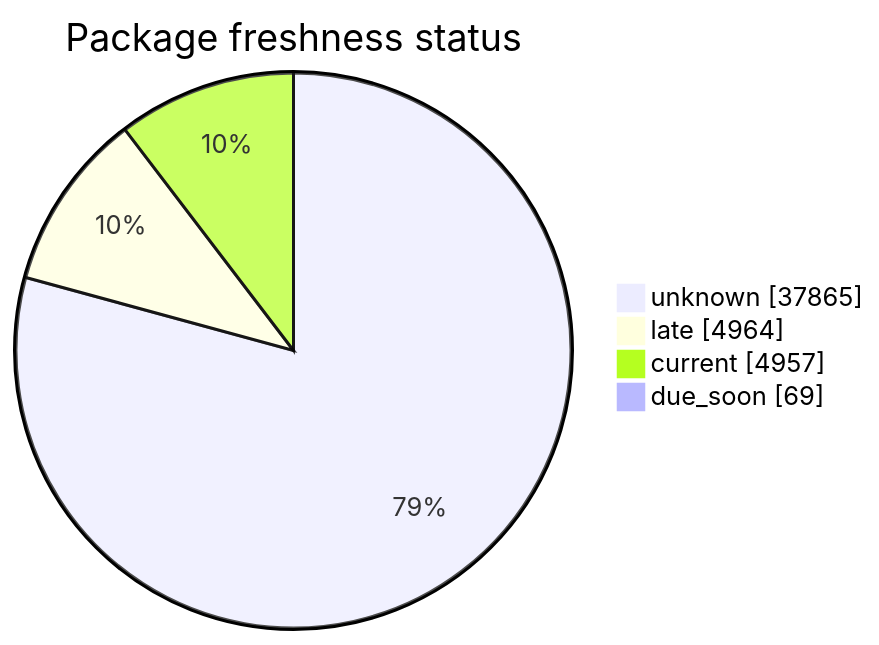
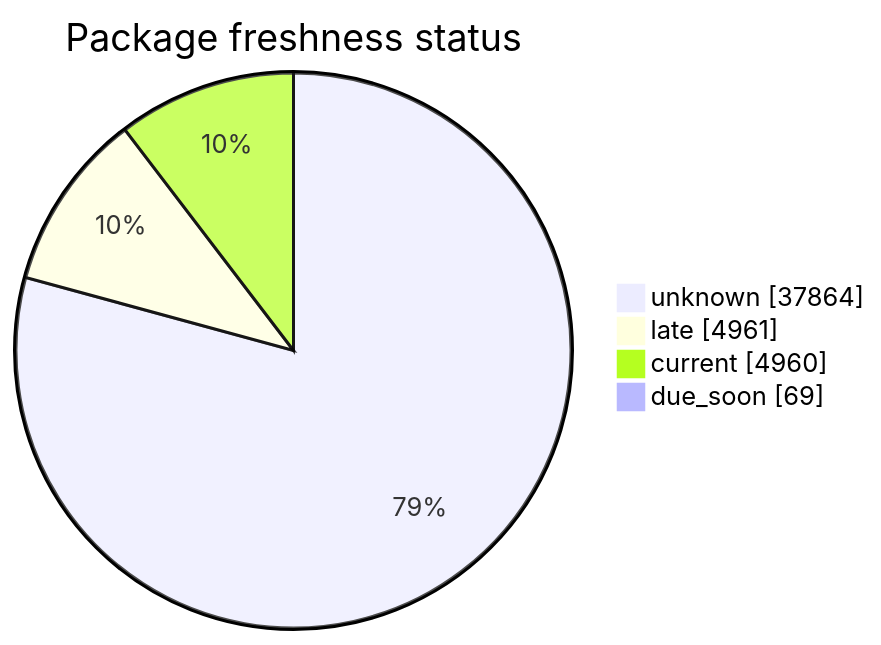
One commit to open-data/analytics-corporate-reporting changed the second of 5 diagrams in FreshCheck/README.md. Above: the diagram before and after it, drawn with Mermaid. The commit also changed other lines of this file and 3 other files, not shown here.

````diff
--- a/FreshCheck/README.md
+++ b/FreshCheck/README.md
@@ -68,7 +68,7 @@
 ```mermaid
 pie showData title Package freshness status
-    "unknown": 37865
-    "late": 4964
-    "current": 4957
+    "unknown": 37864
+    "late": 4961
+    "current": 4960
     "due_soon": 69
 ```
````
